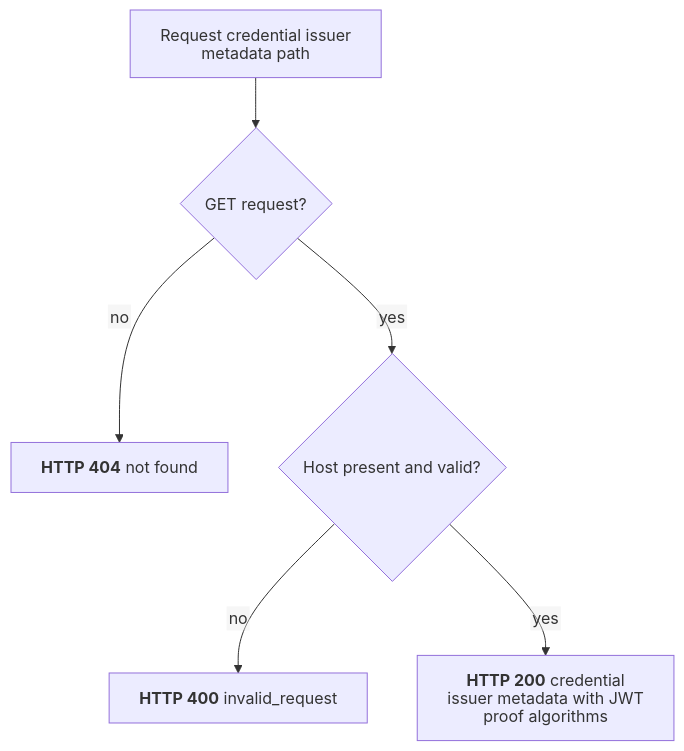
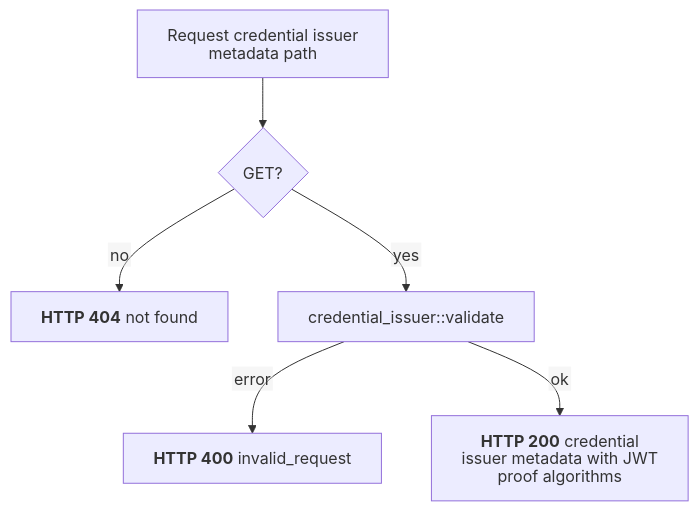
The diagram in docs/flows/openid4vci/credential_issuer_metadata_endpoint.mmd (malach-it/kagome), drawn with Mermaid before and after one commit. The commit also changed 42 other files, not shown here.

Commit message:
docs: simplify flow graphs to resource actions

```diff
--- a/docs/flows/openid4vci/credential_issuer_metadata_endpoint.mmd
+++ b/docs/flows/openid4vci/credential_issuer_metadata_endpoint.mmd
@@ -1,7 +1,7 @@
 %%{init: {"htmlLabels": false, "flowchart": {"htmlLabels": false}}}%%
 flowchart TD
-    start[Request credential issuer metadata path] --> method{GET request?}
+    start[Request credential issuer metadata path] --> method{GET?}
     method -- no --> not_found["`**HTTP 404** not found`"]
-    method -- yes --> host{Host present and valid?}
-    host -- no --> error["`**HTTP 400** invalid_request`"]
-    host -- yes --> success["`**HTTP 200** credential issuer metadata with JWT proof algorithms`"]
+    method -- yes --> issuer["credential_issuer::validate"]
+    issuer -- error --> error["`**HTTP 400** invalid_request`"]
+    issuer -- ok --> success["`**HTTP 200** credential issuer metadata with JWT proof algorithms`"]
```
